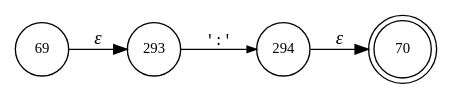
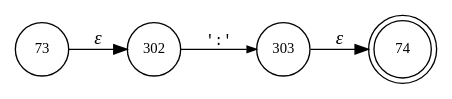
One commit to vulogov/Bund2 changed the diagram in internal/parser/BundLexer.TOBEGIN.dot. Above: the diagram before and after it, drawn with Graphviz. The commit also changed 205 other files, not shown here.

```diff
--- a/internal/parser/BundLexer.TOBEGIN.dot
+++ b/internal/parser/BundLexer.TOBEGIN.dot
@@ -1,10 +1,10 @@
 digraph ATN {
 rankdir=LR;
-s70[fontsize=11, label="70", shape=doublecircle, fixedsize=true, width=.6];
-s69[fontsize=11,label="69", shape=circle, fixedsize=true, width=.55, peripheries=1];
-s293[fontsize=11,label="293", shape=circle, fixedsize=true, width=.55, peripheries=1];
-s294[fontsize=11,label="294", shape=circle, fixedsize=true, width=.55, peripheries=1];
-s69 -> s293 [fontname="Times-Italic", label="&epsilon;"];
-s293 -> s294 [fontsize=11, fontname="Courier", arrowsize=.7, label = "':'", arrowhead = normal];
-s294 -> s70 [fontname="Times-Italic", label="&epsilon;"];
+s74[fontsize=11, label="74", shape=doublecircle, fixedsize=true, width=.6];
+s73[fontsize=11,label="73", shape=circle, fixedsize=true, width=.55, peripheries=1];
+s302[fontsize=11,label="302", shape=circle, fixedsize=true, width=.55, peripheries=1];
+s303[fontsize=11,label="303", shape=circle, fixedsize=true, width=.55, peripheries=1];
+s73 -> s302 [fontname="Times-Italic", label="&epsilon;"];
+s302 -> s303 [fontsize=11, fontname="Courier", arrowsize=.7, label = "':'", arrowhead = normal];
+s303 -> s74 [fontname="Times-Italic", label="&epsilon;"];
 }
```
